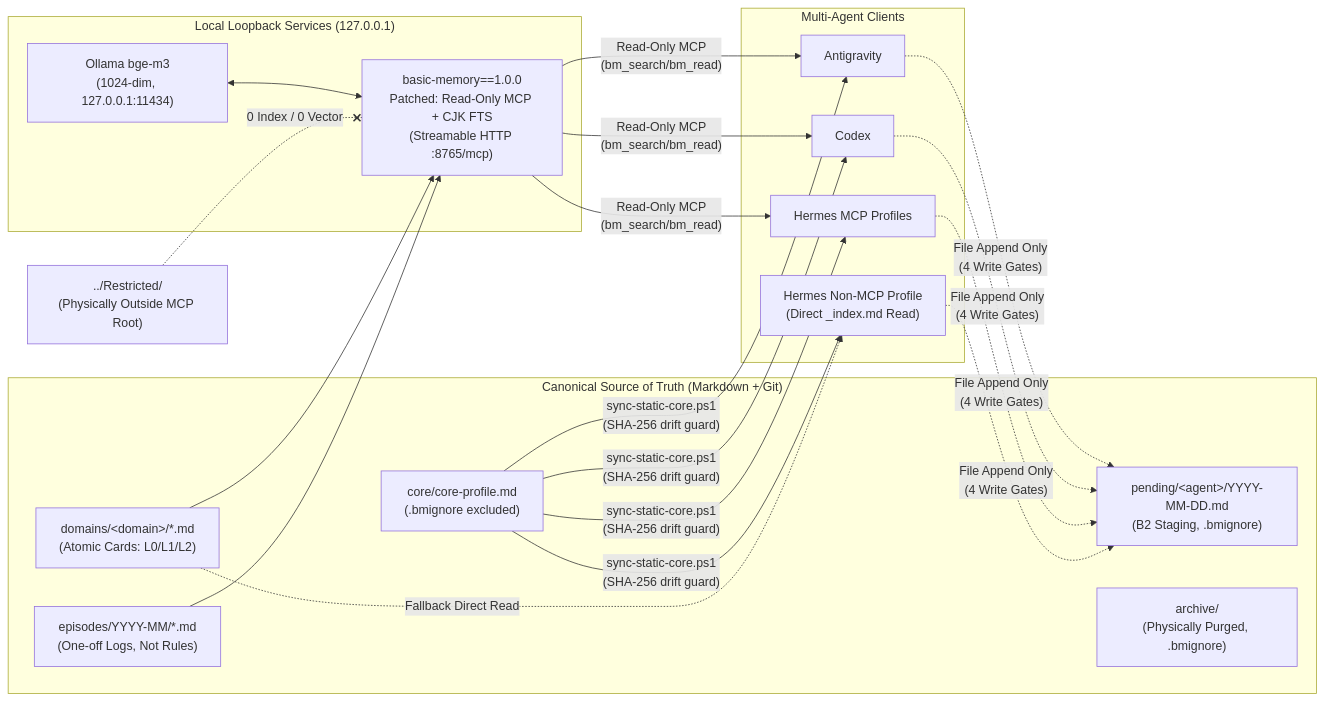
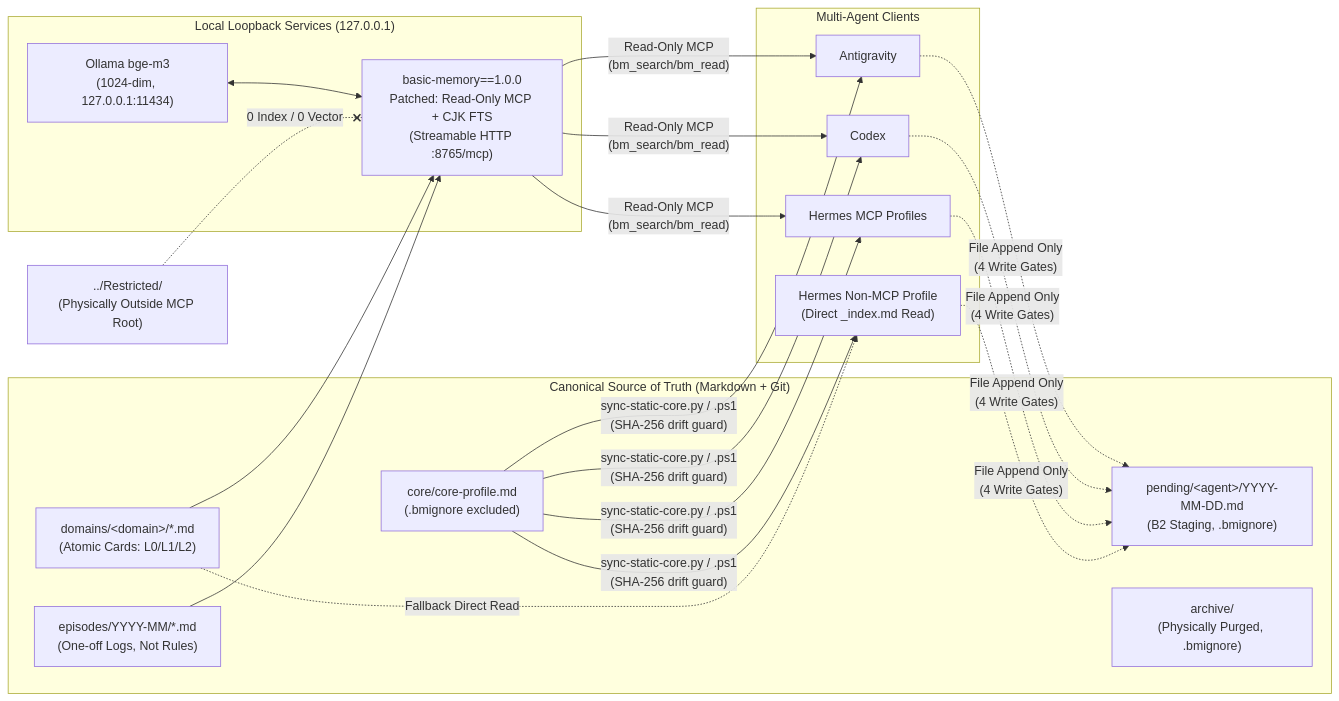
The diagram in README.md (Dirtytrii/local-agent-memory), drawn with Mermaid before and after one commit. The commit also changed other lines of this file and 11 other files, not shown here.

````diff
--- a/README.md
+++ b/README.md
@@ -24,32 +24,32 @@
 ```mermaid
 flowchart LR
     subgraph SOT["Canonical Source of Truth (Markdown + Git)"]
         CORE["core/core-profile.md<br/>(.bmignore excluded)"]
         DOM["domains/&lt;domain&gt;/*.md<br/>(Atomic Cards: L0/L1/L2)"]
         EP["episodes/YYYY-MM/*.md<br/>(One-off Logs, Not Rules)"]
         PEND["pending/&lt;agent&gt;/YYYY-MM-DD.md<br/>(B2 Staging, .bmignore)"]
         ARCH["archive/<br/>(Physically Purged, .bmignore)"]
     end
 
     REST["../Restricted/<br/>(Physically Outside MCP Root)"]
 
     subgraph LOCAL["Local Loopback Services (127.0.0.1)"]
         OLL["Ollama bge-m3<br/>(1024-dim, 127.0.0.1:11434)"]
         BM["basic-memory==1.0.0<br/>Patched: Read-Only MCP + CJK FTS<br/>(Streamable HTTP :8765/mcp)"]
     end
 
     subgraph CLIENTS["Multi-Agent Clients"]
         AG["Antigravity"]
         CX["Codex"]
         HM["Hermes MCP Profiles"]
         HN["Hermes Non-MCP Profile<br/>(Direct _index.md Read)"]
     end
 
-    CORE -->|"sync-static-core.ps1<br/>(SHA-256 drift guard)"| AG & CX & HM & HN
+    CORE -->|"sync-static-core.py / .ps1<br/>(SHA-256 drift guard)"| AG & CX & HM & HN
     DOM & EP --> BM
     OLL <--> BM
     BM -->|"Read-Only MCP<br/>(bm_search/bm_read)"| AG & CX & HM
     AG & CX & HM & HN -.->|"File Append Only<br/>(4 Write Gates)"| PEND
     DOM -.->|"Fallback Direct Read"| HN
     REST -.-x|"0 Index / 0 Vector"| BM
 ```
````
